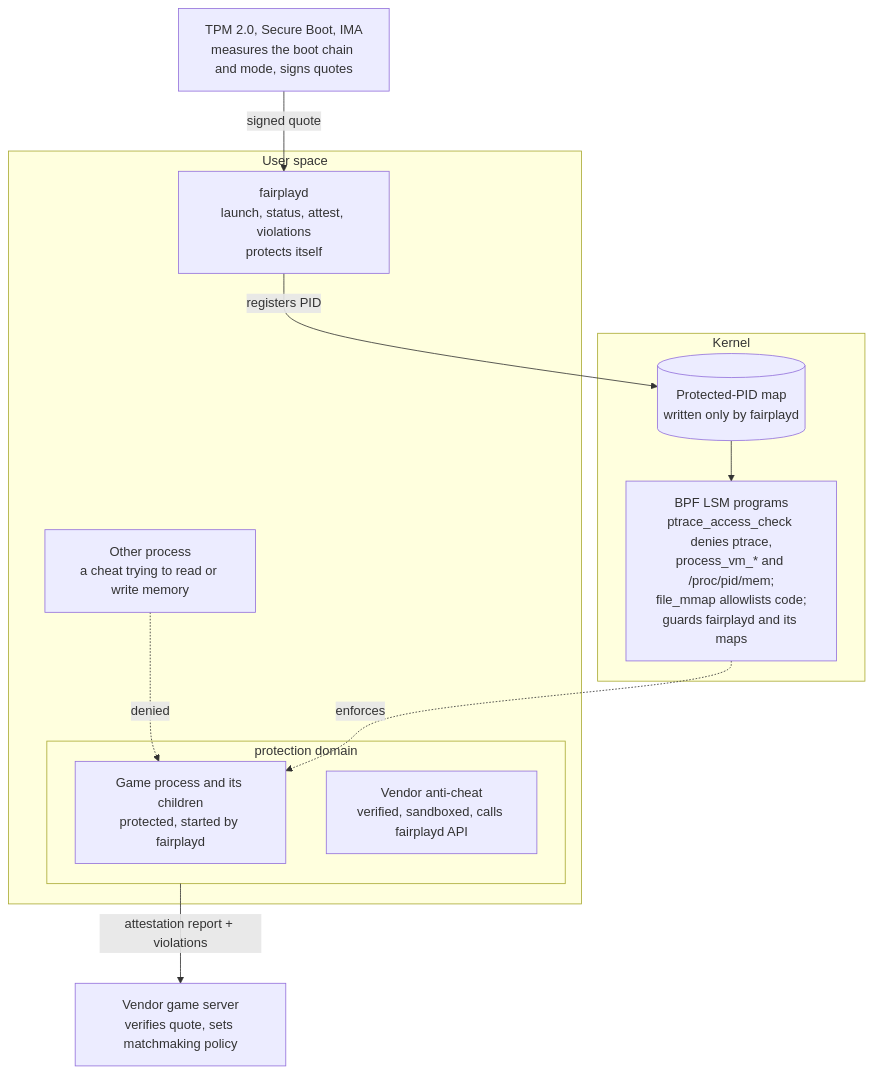
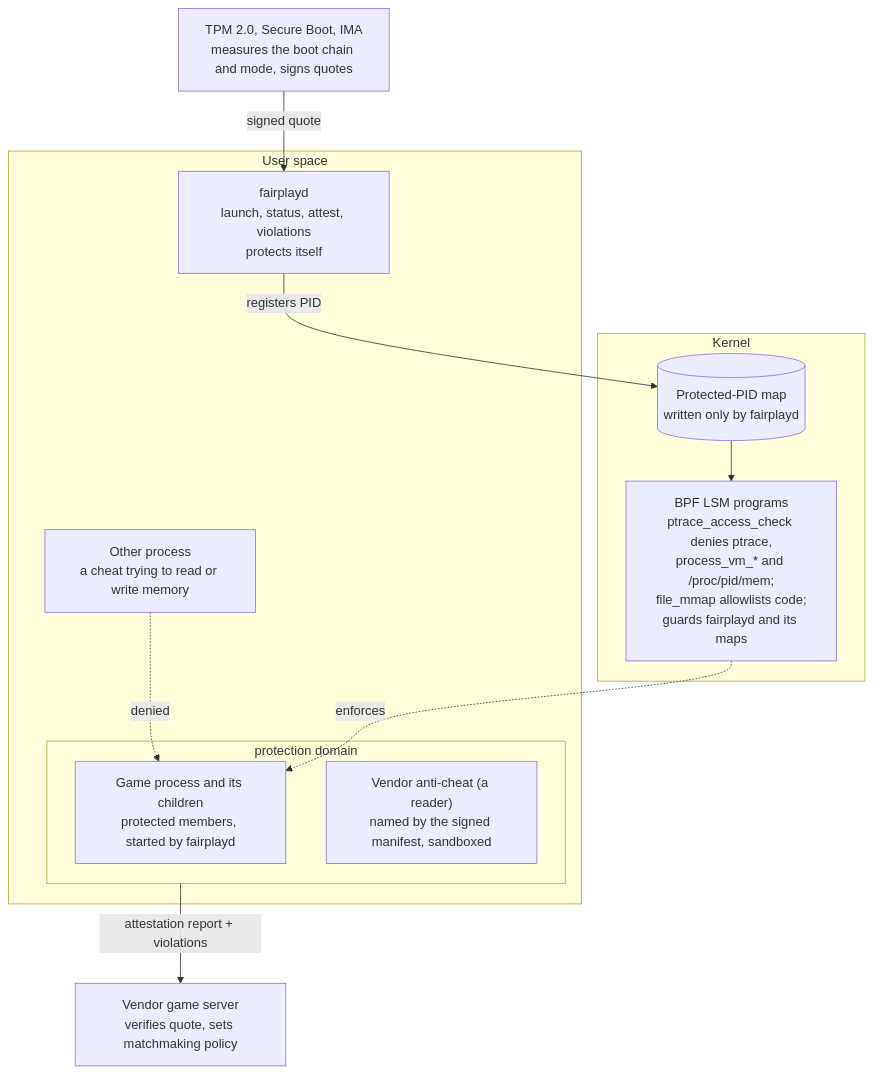
One commit to terellison/fairplay-os changed the diagram in docs/design.md. Above: the diagram before and after it, drawn with Mermaid. The commit also changed other lines of this file and 2 other files, not shown here.

First line of the commit message:
Design: protected members vs readers, and a signed game manifest (#25)

````diff
--- a/docs/design.md
+++ b/docs/design.md
@@ -206,24 +206,24 @@
 ```mermaid
 flowchart TB
   server["Vendor game server<br/>verifies quote, sets matchmaking policy"]
   subgraph user["User space"]
     other["Other process<br/>a cheat trying to read or write memory"]
     subgraph domain["protection domain"]
-      game["Game process and its children<br/>protected, started by fairplayd"]
-      ac["Vendor anti-cheat<br/>verified, sandboxed, calls fairplayd API"]
+      game["Game process and its children<br/>protected members, started by fairplayd"]
+      ac["Vendor anti-cheat (a reader)<br/>named by the signed manifest, sandboxed"]
     end
     fpd["fairplayd<br/>launch, status, attest, violations<br/>protects itself"]
   end
   subgraph kernel["Kernel"]
     lsm["BPF LSM programs<br/>ptrace_access_check denies ptrace,<br/>process_vm_* and /proc/pid/mem;<br/>file_mmap allowlists code;<br/>guards fairplayd and its maps"]
     map[("Protected-PID map<br/>written only by fairplayd")]
   end
   tpm["TPM 2.0, Secure Boot, IMA<br/>measures the boot chain and mode, signs quotes"]
 
   other -. "denied" .-> game
   lsm -. "enforces" .-> game
   fpd -- "registers PID" --> map
   map --> lsm
   domain -- "attestation report + violations" --> server
   tpm -- "signed quote" --> fpd
 ```
````
